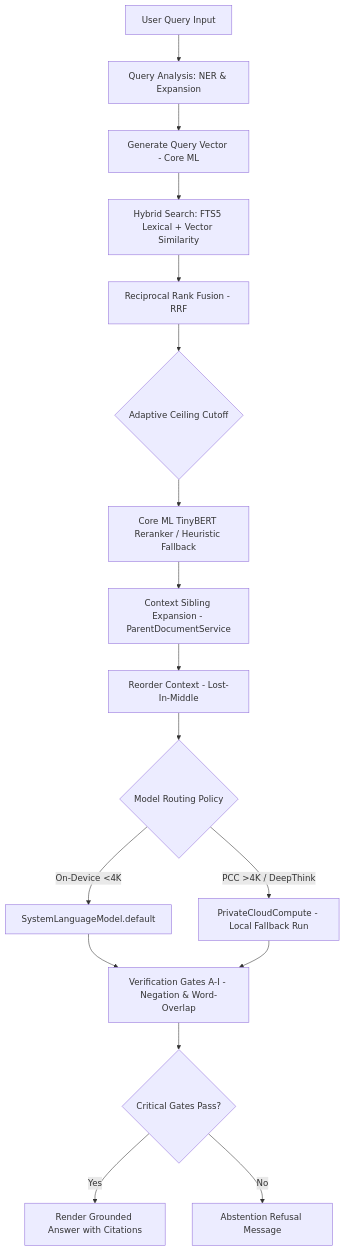
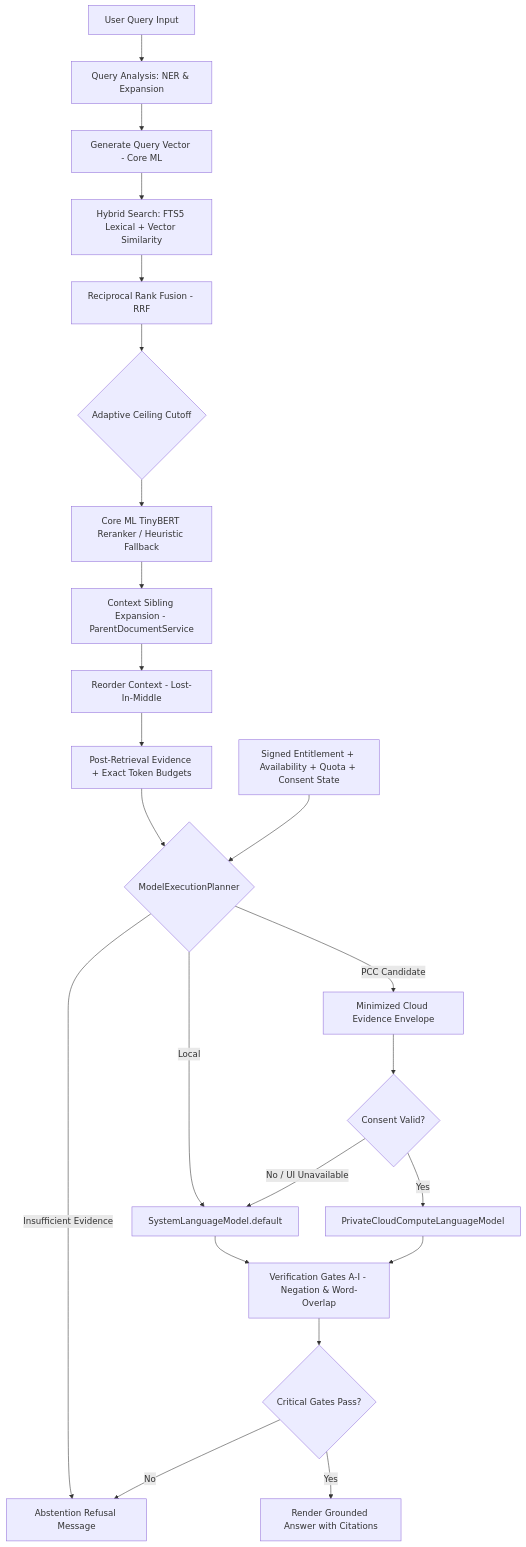
One commit to Gunnarguy/OpenIntelligence changed the diagram in Docs/RETRIEVAL_PIPELINE.md. Above: the diagram before and after it, drawn with Mermaid. The commit also changed other lines of this file and 36 other files, not shown here.

Commit message:
feat(orchestration): implement evidence-informed PCC routing

````diff
--- a/Docs/RETRIEVAL_PIPELINE.md
+++ b/Docs/RETRIEVAL_PIPELINE.md
@@ -16,19 +16,25 @@
 ```mermaid
 flowchart TD
     UserQuery[User Query Input] --> QueryPlan[Query Analysis: NER & Expansion]
     QueryPlan --> EmbeddingGen[Generate Query Vector - Core ML]
     EmbeddingGen --> HybridSearch[Hybrid Search: FTS5 Lexical + Vector Similarity]
     HybridSearch --> RRF[Reciprocal Rank Fusion - RRF]
     RRF --> Cutoff{Adaptive Ceiling Cutoff}
     Cutoff --> Rerank[Core ML TinyBERT Reranker / Heuristic Fallback]
     Rerank --> ContextExpand[Context Sibling Expansion - ParentDocumentService]
     ContextExpand --> LostInMiddle[Reorder Context - Lost-In-Middle]
-    LostInMiddle --> ModelRoute{Model Routing Policy}
-    ModelRoute -- On-Device <4K --> LocalLLM[SystemLanguageModel.default]
-    ModelRoute -- PCC >4K / DeepThink --> PCCLLM[PrivateCloudCompute - Local Fallback Run]
+    LostInMiddle --> Evidence[Post-Retrieval Evidence + Exact Token Budgets]
+    Evidence --> ModelRoute{ModelExecutionPlanner}
+    Capability[Signed Entitlement + Availability + Quota + Consent State] --> ModelRoute
+    ModelRoute -- Insufficient Evidence --> AbstainRefusal
+    ModelRoute -- Local --> LocalLLM[SystemLanguageModel.default]
+    ModelRoute -- PCC Candidate --> Minimize[Minimized Cloud Evidence Envelope]
+    Minimize --> Consent{Consent Valid?}
+    Consent -- Yes --> PCCLLM[PrivateCloudComputeLanguageModel]
+    Consent -- No / UI Unavailable --> LocalLLM
     LocalLLM --> Verification[Verification Gates A-I - Negation & Word-Overlap]
     PCCLLM --> Verification
     Verification --> Decision{Critical Gates Pass?}
     Decision -- Yes --> GroundedAnswer[Render Grounded Answer with Citations]
     Decision -- No --> AbstainRefusal[Abstention Refusal Message]
 ```
````
